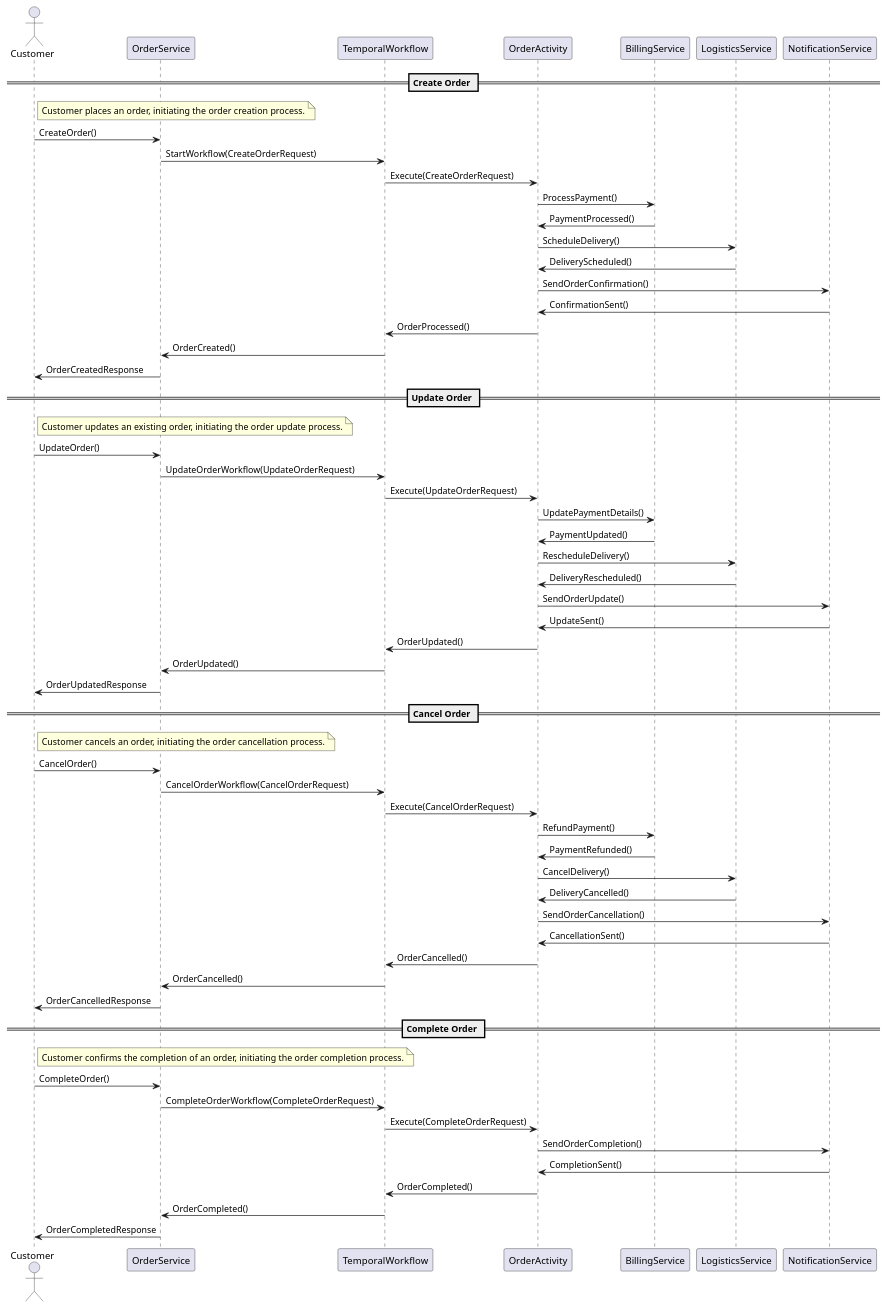
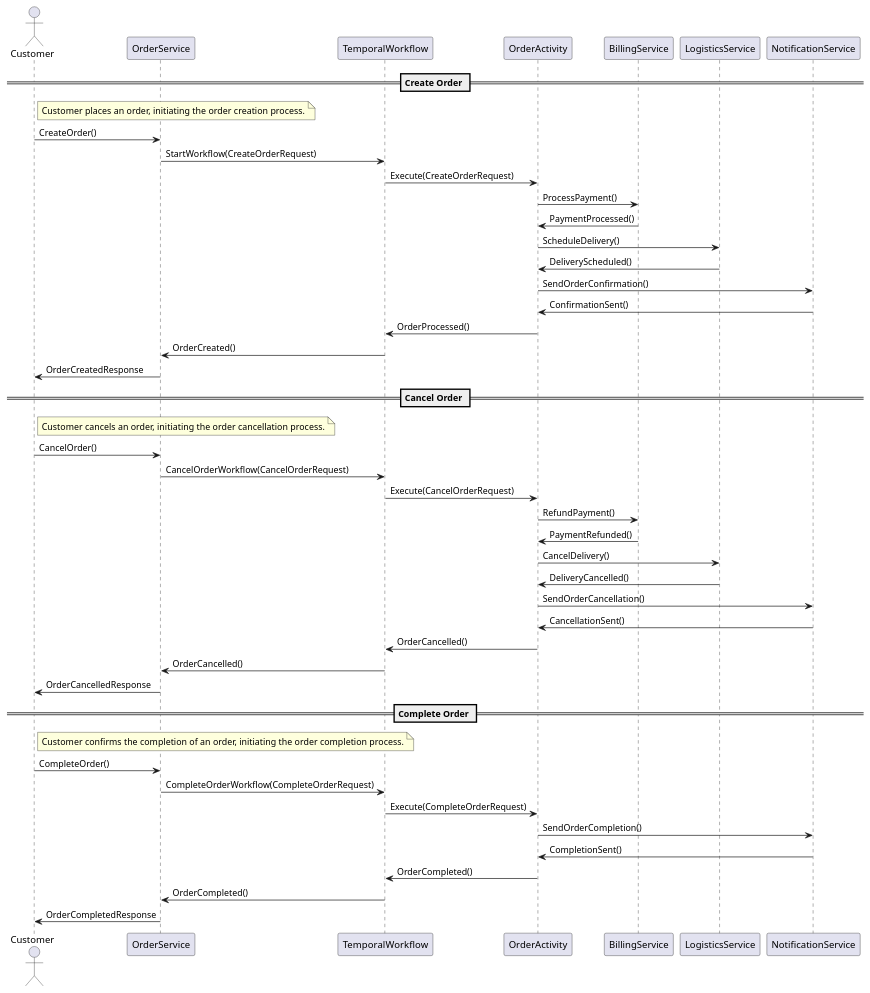
The second of 2 diagrams in boundaries/shop/oms/internal/usecases/order/README.md (shortlink-org/shortlink), drawn with PlantUML before and after one commit. The commit also changed 16 other files, not shown here.

````diff
--- a/boundaries/shop/oms/internal/usecases/order/README.md
+++ b/boundaries/shop/oms/internal/usecases/order/README.md
@@ -27,81 +27,63 @@
 ```plantuml
 @startuml
 
 actor Customer
 participant OrderService
 participant TemporalWorkflow
 participant OrderActivity
 participant BillingService
 participant LogisticsService
 participant NotificationService
 
 == Create Order ==
 note right of Customer
 Customer places an order, initiating the order creation process.
 end note
 
 Customer -> OrderService: CreateOrder()
 OrderService -> TemporalWorkflow: StartWorkflow(CreateOrderRequest)
 TemporalWorkflow -> OrderActivity: Execute(CreateOrderRequest)
 OrderActivity -> BillingService: ProcessPayment()
 BillingService -> OrderActivity: PaymentProcessed()
 OrderActivity -> LogisticsService: ScheduleDelivery()
 LogisticsService -> OrderActivity: DeliveryScheduled()
 OrderActivity -> NotificationService: SendOrderConfirmation()
 NotificationService -> OrderActivity: ConfirmationSent()
 OrderActivity -> TemporalWorkflow: OrderProcessed()
 TemporalWorkflow -> OrderService: OrderCreated()
 OrderService -> Customer: OrderCreatedResponse
-
-== Update Order ==
-note right of Customer
-Customer updates an existing order, initiating the order update process.
-end note
-
-Customer -> OrderService: UpdateOrder()
-OrderService -> TemporalWorkflow: UpdateOrderWorkflow(UpdateOrderRequest)
-TemporalWorkflow -> OrderActivity: Execute(UpdateOrderRequest)
-OrderActivity -> BillingService: UpdatePaymentDetails()
-BillingService -> OrderActivity: PaymentUpdated()
-OrderActivity -> LogisticsService: RescheduleDelivery()
-LogisticsService -> OrderActivity: DeliveryRescheduled()
-OrderActivity -> NotificationService: SendOrderUpdate()
-NotificationService -> OrderActivity: UpdateSent()
-OrderActivity -> TemporalWorkflow: OrderUpdated()
-TemporalWorkflow -> OrderService: OrderUpdated()
-OrderService -> Customer: OrderUpdatedResponse
 
 == Cancel Order ==
 note right of Customer
 Customer cancels an order, initiating the order cancellation process.
 end note
 
 Customer -> OrderService: CancelOrder()
 OrderService -> TemporalWorkflow: CancelOrderWorkflow(CancelOrderRequest)
 TemporalWorkflow -> OrderActivity: Execute(CancelOrderRequest)
 OrderActivity -> BillingService: RefundPayment()
 BillingService -> OrderActivity: PaymentRefunded()
 OrderActivity -> LogisticsService: CancelDelivery()
 LogisticsService -> OrderActivity: DeliveryCancelled()
 OrderActivity -> NotificationService: SendOrderCancellation()
 NotificationService -> OrderActivity: CancellationSent()
 OrderActivity -> TemporalWorkflow: OrderCancelled()
 TemporalWorkflow -> OrderService: OrderCancelled()
 OrderService -> Customer: OrderCancelledResponse
 
 == Complete Order ==
 note right of Customer
 Customer confirms the completion of an order, initiating the order completion process.
 end note
 
 Customer -> OrderService: CompleteOrder()
 OrderService -> TemporalWorkflow: CompleteOrderWorkflow(CompleteOrderRequest)
 TemporalWorkflow -> OrderActivity: Execute(CompleteOrderRequest)
 OrderActivity -> NotificationService: SendOrderCompletion()
 NotificationService -> OrderActivity: CompletionSent()
 OrderActivity -> TemporalWorkflow: OrderCompleted()
 TemporalWorkflow -> OrderService: OrderCompleted()
 OrderService -> Customer: OrderCompletedResponse
 
 @enduml
 ```
````
